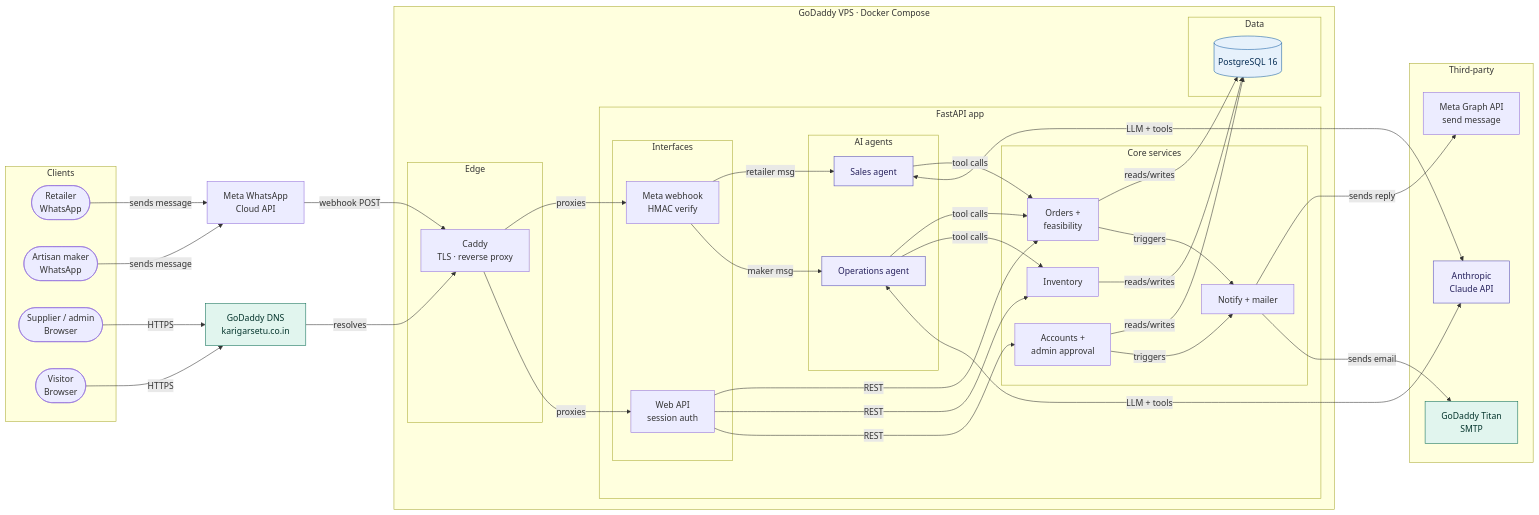
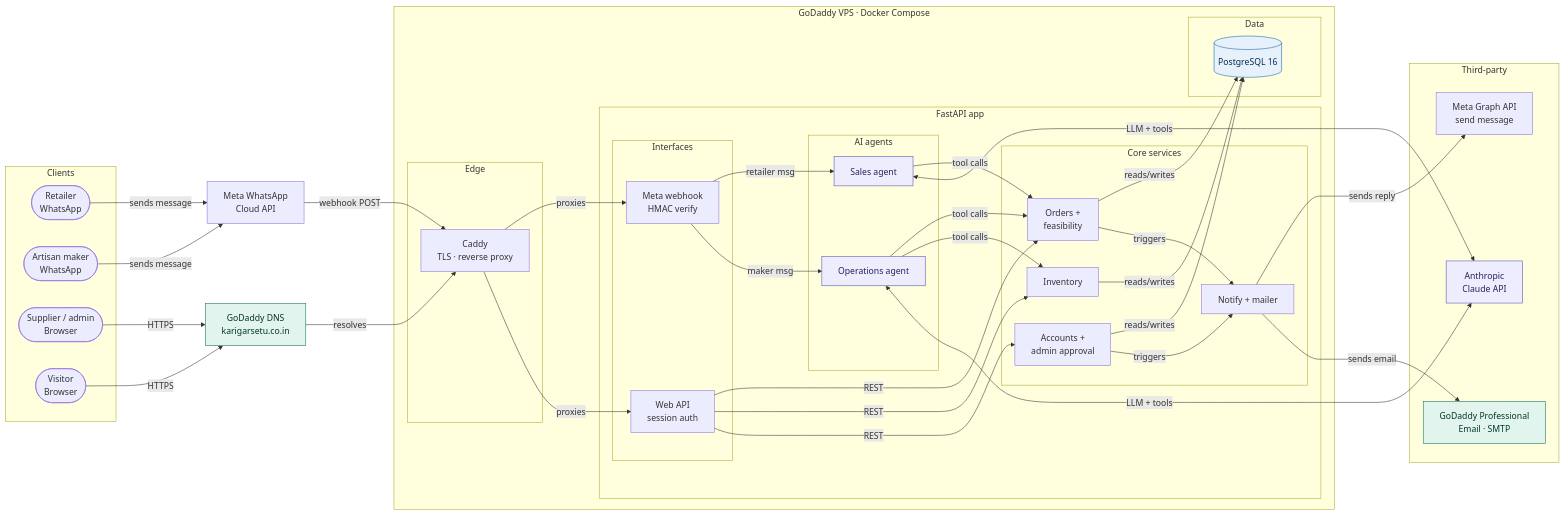
One commit to Trups39/karigarsetu changed the second of 2 diagrams in README.md. Above: the diagram before and after it, drawn with Mermaid. The commit also changed other lines of this file and 9 other files, not shown here.

Commit message:
Email suppliers on sign-up, approval and rejection; GoDaddy Professional Email

````diff
--- a/README.md
+++ b/README.md
@@ -113,71 +113,71 @@
 ```mermaid
 flowchart LR
   subgraph CLIENTS["Clients"]
     R(["Retailer<br/>WhatsApp"])
     M(["Artisan maker<br/>WhatsApp"])
     S(["Supplier / admin<br/>Browser"])
     V(["Visitor<br/>Browser"])
   end
   META["Meta WhatsApp<br/>Cloud API"]
   DNS["GoDaddy DNS<br/>karigarsetu.co.in"]
   subgraph VPS["GoDaddy VPS · Docker Compose"]
     subgraph EDGE["Edge"]
       CADDY["Caddy<br/>TLS · reverse proxy"]
     end
     subgraph APP["FastAPI app"]
       subgraph IN["Interfaces"]
         WH["Meta webhook<br/>HMAC verify"]
         API["Web API<br/>session auth"]
       end
       subgraph AG["AI agents"]
         SA["Sales agent"]
         OA["Operations agent"]
       end
       subgraph CORE["Core services"]
         ORD["Orders +<br/>feasibility"]
         INV["Inventory"]
         ACC["Accounts +<br/>admin approval"]
         NOT["Notify + mailer"]
       end
     end
     subgraph DATA["Data"]
       DB[("PostgreSQL 16")]
     end
   end
   subgraph X["Third-party"]
     CL["Anthropic<br/>Claude API"]
     MOUT["Meta Graph API<br/>send message"]
-    TI["GoDaddy Titan<br/>SMTP"]
+    TI["GoDaddy Professional<br/>Email · SMTP"]
   end
   R -->|sends message| META
   M -->|sends message| META
   S -->|HTTPS| DNS
   V -->|HTTPS| DNS
   META -->|webhook POST| CADDY
   DNS -->|resolves| CADDY
   CADDY -->|proxies| WH
   CADDY -->|proxies| API
   WH -->|retailer msg| SA
   WH -->|maker msg| OA
   SA -->|tool calls| ORD
   OA -->|tool calls| ORD
   OA -->|tool calls| INV
   API -->|REST| ORD
   API -->|REST| INV
   API -->|REST| ACC
   ORD -->|reads/writes| DB
   INV -->|reads/writes| DB
   ACC -->|reads/writes| DB
   ORD -->|triggers| NOT
   ACC -->|triggers| NOT
   SA <-->|LLM + tools| CL
   OA <-->|LLM + tools| CL
   NOT -->|sends reply| MOUT
   NOT -->|sends email| TI
   classDef ai fill:#EEEDFE,stroke:#534AB7,color:#26215C
   classDef gd fill:#E1F5EE,stroke:#0F6E56,color:#04342C
   classDef db fill:#E6F1FB,stroke:#185FA5,color:#042C53
   class SA,OA,CL ai
   class DNS,TI gd
   class DB db
 ```
````
